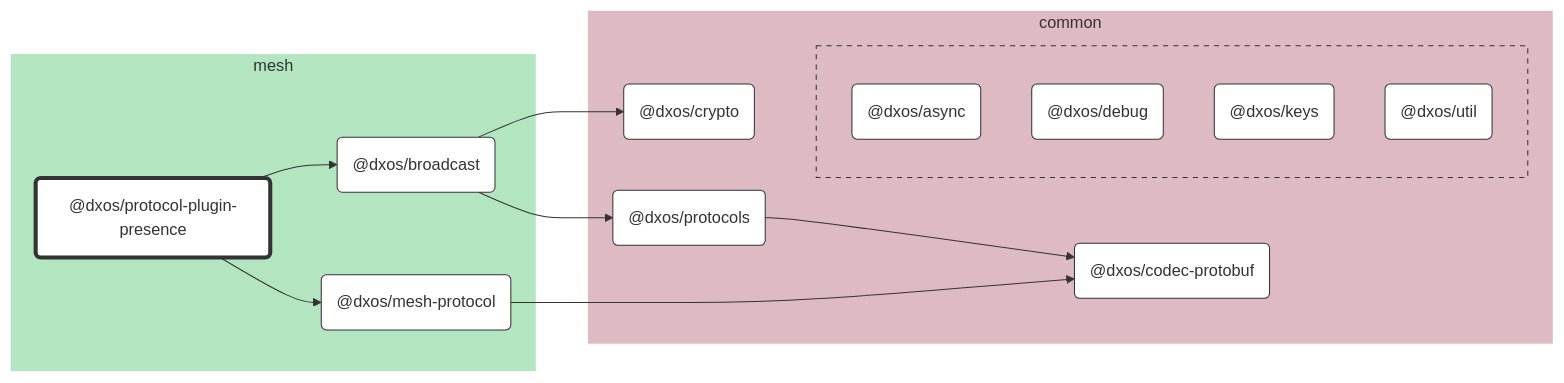
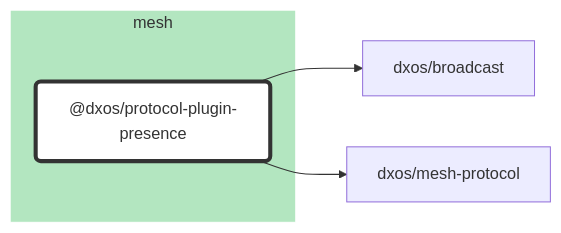
Before and after one commit to dxos/dxos: the diagram in packages/mesh/protocol-plugin-presence/docs/README.md, drawn with Mermaid. The commit also changed 87 other files, not shown here.

````diff
--- a/packages/mesh/protocol-plugin-presence/docs/README.md
+++ b/packages/mesh/protocol-plugin-presence/docs/README.md
@@ -7,68 +7,22 @@
 ```mermaid
 %%{ init: {'flowchart':{'curve':'basis'}} }%%
 
 flowchart LR
 
-%% Links
-dxos/broadcast --> dxos/crypto;
-dxos/broadcast --> dxos/protocols;
-dxos/mesh-protocol --> dxos/codec-protobuf;
-dxos/protocol-plugin-presence --> dxos/broadcast;
-dxos/protocol-plugin-presence --> dxos/mesh-protocol;
-dxos/protocols --> dxos/codec-protobuf;
+%% Classes
+classDef def fill:#fff,stroke:#333,stroke-width:1px
+classDef root fill:#fff,stroke:#333,stroke-width:4px
 
-%% Sections
-subgraph mesh
-  style mesh fill:#b3e6c0,stroke:#fff;
+%% Nodes
 
-  dxos/broadcast("@dxos/broadcast")
-  dxos/mesh-protocol("@dxos/mesh-protocol")
-  dxos/protocol-plugin-presence("@dxos/protocol-plugin-presence")
+subgraph mesh [mesh]
+  style mesh fill:#b3e6c0,stroke:#fff
+  dxos/protocol-plugin-presence("@dxos/protocol-plugin-presence"):::root
+  click dxos/protocol-plugin-presence "dxos/dxos/tree/main/packages/mesh/protocol-plugin-presence/docs"
 end
 
-subgraph common
-  style common fill:#debac2,stroke:#fff;
-
-  dxos/codec-protobuf("@dxos/codec-protobuf")
-  dxos/crypto("@dxos/crypto")
-  dxos/protocols("@dxos/protocols")
-
-  subgraph common-excluded [ ]
-    style common-excluded fill:#debac2,stroke:#333,stroke-dasharray:5 5;
-
-    dxos/async("@dxos/async")
-    dxos/debug("@dxos/debug")
-    dxos/keys("@dxos/keys")
-    dxos/util("@dxos/util")
-  end
-end
-
-
-%% Hyperlinks
-click dxos/async "dxos/dxos/tree/main/packages/common/async/docs";
-click dxos/broadcast "dxos/dxos/tree/main/packages/mesh/broadcast/docs";
-click dxos/codec-protobuf "dxos/dxos/tree/main/packages/common/codec-protobuf/docs";
-click dxos/crypto "dxos/dxos/tree/main/packages/common/crypto/docs";
-click dxos/debug "dxos/dxos/tree/main/packages/common/debug/docs";
-click dxos/keys "dxos/dxos/tree/main/packages/common/keys/docs";
-click dxos/mesh-protocol "dxos/dxos/tree/main/packages/mesh/mesh-protocol/docs";
-click dxos/protocols "dxos/dxos/tree/main/packages/common/protocols/docs";
-click dxos/util "dxos/dxos/tree/main/packages/common/util/docs";
-
-%% Styles
-classDef rootNode fill:#fff,stroke:#333,stroke-width:4px
-classDef defaultNode fill:#fff,stroke:#333,stroke-width:1px
+%% Links
 linkStyle default stroke:#333,stroke-width:1px
-
-dxos/protocol-plugin-presence:::rootNode
-
-dxos/async:::defaultNode
-dxos/broadcast:::defaultNode
-dxos/codec-protobuf:::defaultNode
-dxos/crypto:::defaultNode
-dxos/debug:::defaultNode
-dxos/keys:::defaultNode
-dxos/mesh-protocol:::defaultNode
-dxos/protocols:::defaultNode
-dxos/util:::defaultNode
+dxos/protocol-plugin-presence --> dxos/broadcast
+dxos/protocol-plugin-presence --> dxos/mesh-protocol
 ```
````
